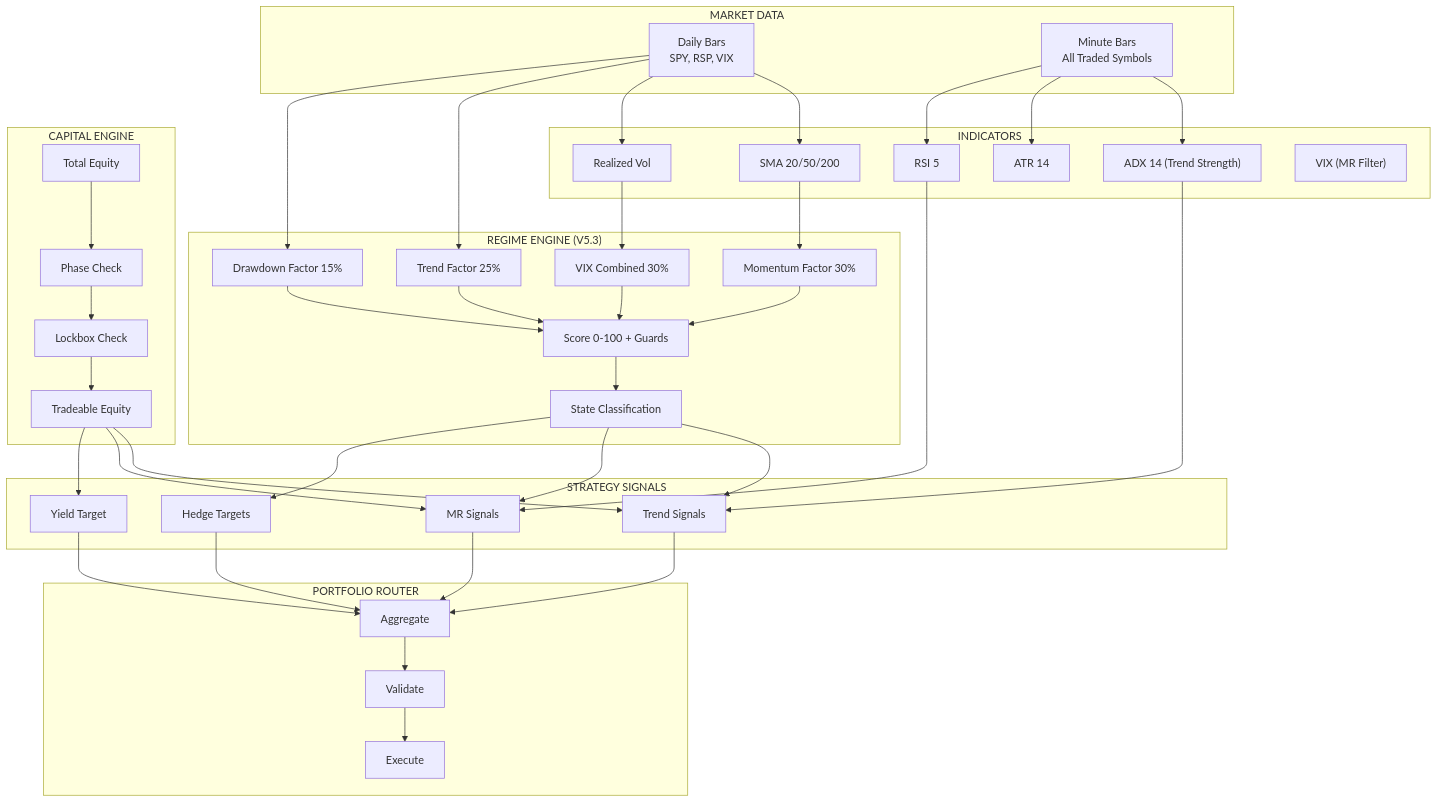
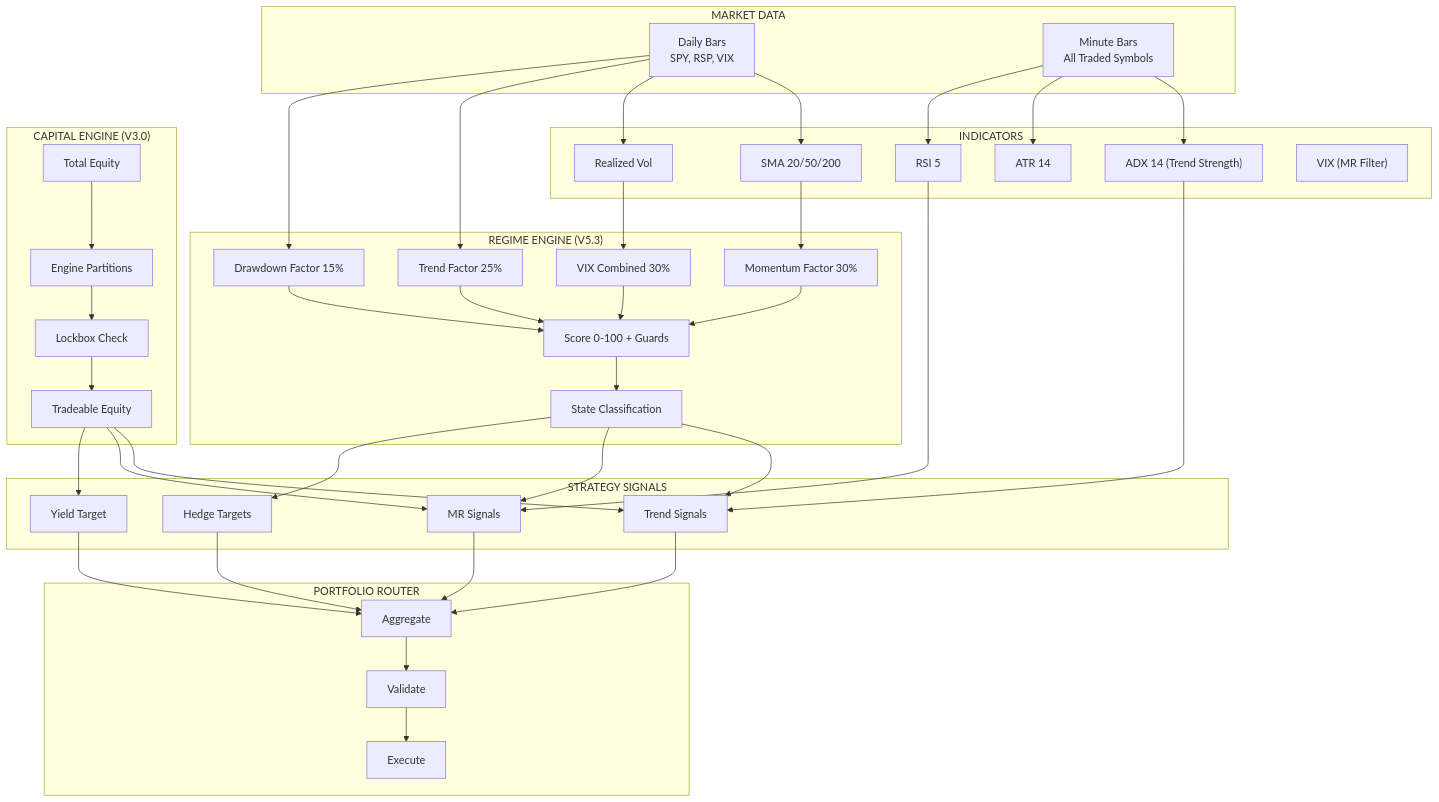
Before and after one commit to vickdavinci/alpha-nextgen-v2-private: the second of 3 diagrams in docs/system/02-system-architecture.md, drawn with Mermaid. The commit also changed other lines of this file, not shown here.

First line of the commit message:
docs: update system architecture for V3.0-V6.14 changes

````diff
--- a/docs/system/02-system-architecture.md
+++ b/docs/system/02-system-architecture.md
@@ -150,63 +150,63 @@
 ```mermaid
 flowchart TB
     subgraph MARKET["MARKET DATA"]
         MD1["Daily Bars<br/>SPY, RSP, VIX"]
         MD2["Minute Bars<br/>All Traded Symbols"]
     end
 
     subgraph INDICATORS["INDICATORS"]
         IND1["SMA 20/50/200"]
         IND2["ADX 14 (Trend Strength)"]
         IND3["ATR 14"]
         IND4["RSI 5"]
         IND5["Realized Vol"]
         IND6["VIX (MR Filter)"]
     end
 
     subgraph REGIME["REGIME ENGINE (V5.3)"]
         RE1["Momentum Factor 30%"]
         RE2["VIX Combined 30%"]
         RE3["Trend Factor 25%"]
         RE4["Drawdown Factor 15%"]
         RE5["Score 0-100 + Guards"]
         RE6["State Classification"]
     end
 
-    subgraph CAPITAL["CAPITAL ENGINE"]
+    subgraph CAPITAL["CAPITAL ENGINE (V3.0)"]
         CE1["Total Equity"]
-        CE2["Phase Check"]
+        CE2["Engine Partitions"]
         CE3["Lockbox Check"]
         CE4["Tradeable Equity"]
     end
 
     subgraph STRATEGIES["STRATEGY SIGNALS"]
         ST1["Trend Signals"]
         ST2["MR Signals"]
         ST3["Hedge Targets"]
         ST4["Yield Target"]
     end
 
     subgraph ROUTER["PORTFOLIO ROUTER"]
         RO1["Aggregate"]
         RO2["Validate"]
         RO3["Execute"]
     end
 
     MD1 --> IND1 & IND5
     MD2 --> IND2 & IND3 & IND4
 
     IND1 --> RE1
     IND5 --> RE2
     MD1 --> RE3 & RE4
 
     RE1 & RE2 & RE3 & RE4 --> RE5 --> RE6
 
     CE1 --> CE2 --> CE3 --> CE4
 
     RE6 --> ST1 & ST2 & ST3
     CE4 --> ST1 & ST2 & ST4
     IND2 --> ST1
     IND4 --> ST2
 
     ST1 & ST2 & ST3 & ST4 --> RO1 --> RO2 --> RO3
 ```
````
